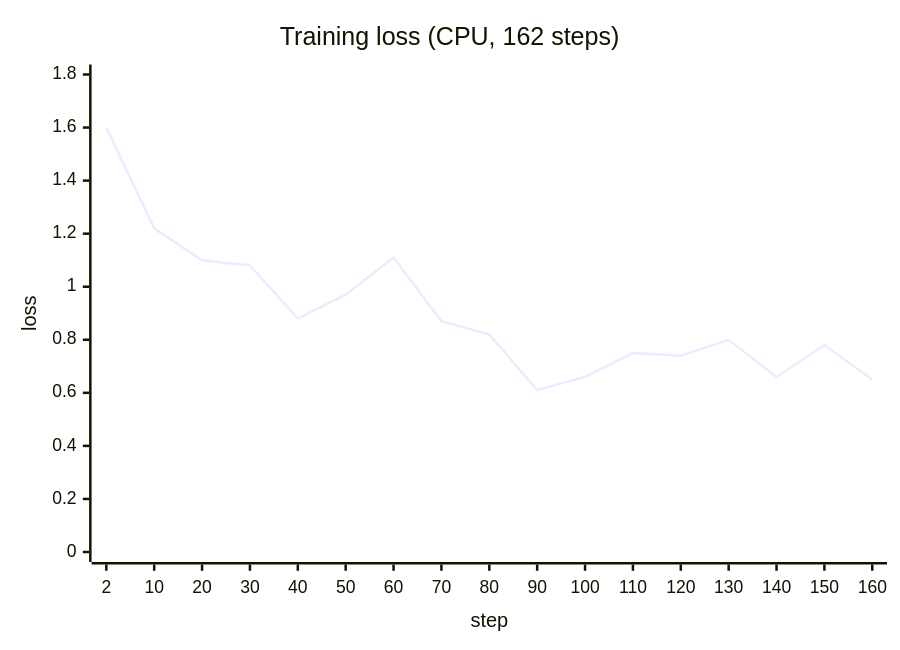
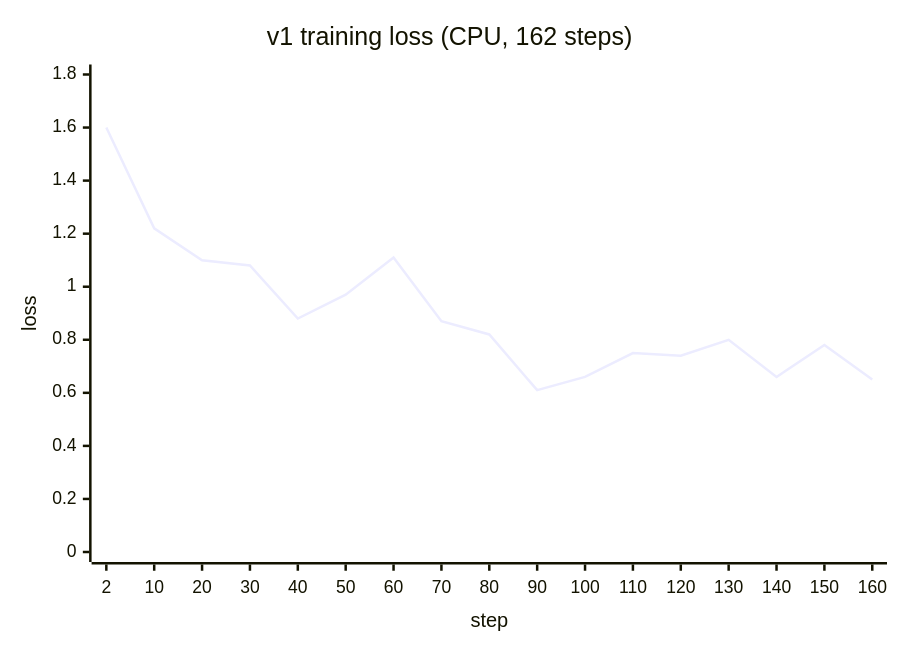
The diagram in README.md (Geektasilla/tinyllama-customer-support-lora), drawn with Mermaid before and after one commit. The commit also changed other lines of this file and 47 other files, not shown here.

````diff
--- a/README.md
+++ b/README.md
@@ -43,7 +88,7 @@
 ```mermaid
 xychart-beta
-    title "Training loss (CPU, 162 steps)"
+    title "v1 training loss (CPU, 162 steps)"
     x-axis "step" [2, 10, 20, 30, 40, 50, 60, 70, 80, 90, 100, 110, 120, 130, 140, 150, 160]
     y-axis "loss" 0 --> 1.8
     line [1.60, 1.22, 1.10, 1.08, 0.88, 0.97, 1.11, 0.87, 0.82, 0.61, 0.66, 0.75, 0.74, 0.80, 0.66, 0.78, 0.65]
 ```
````
